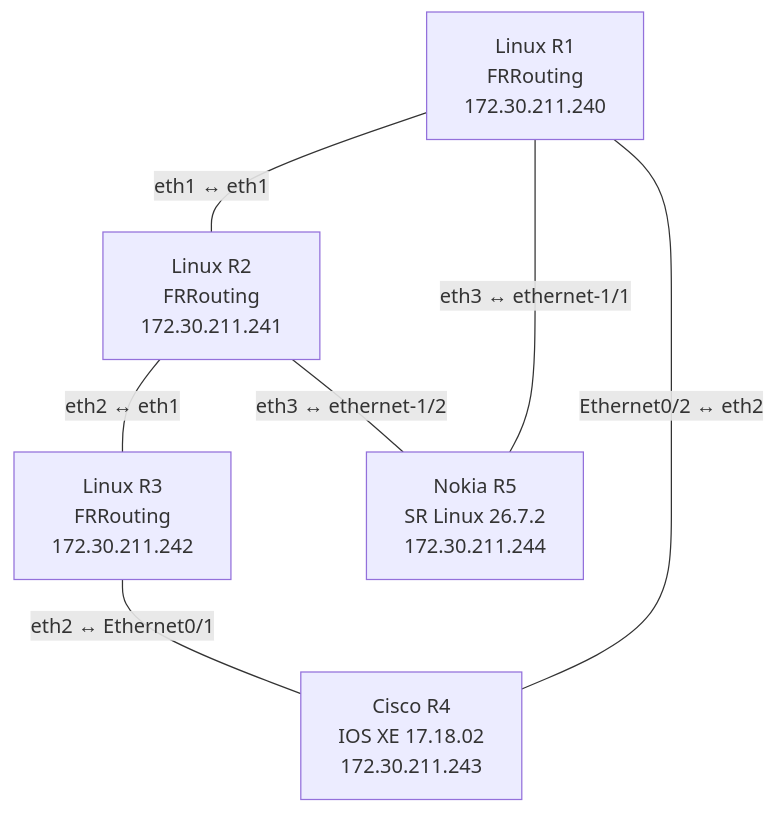
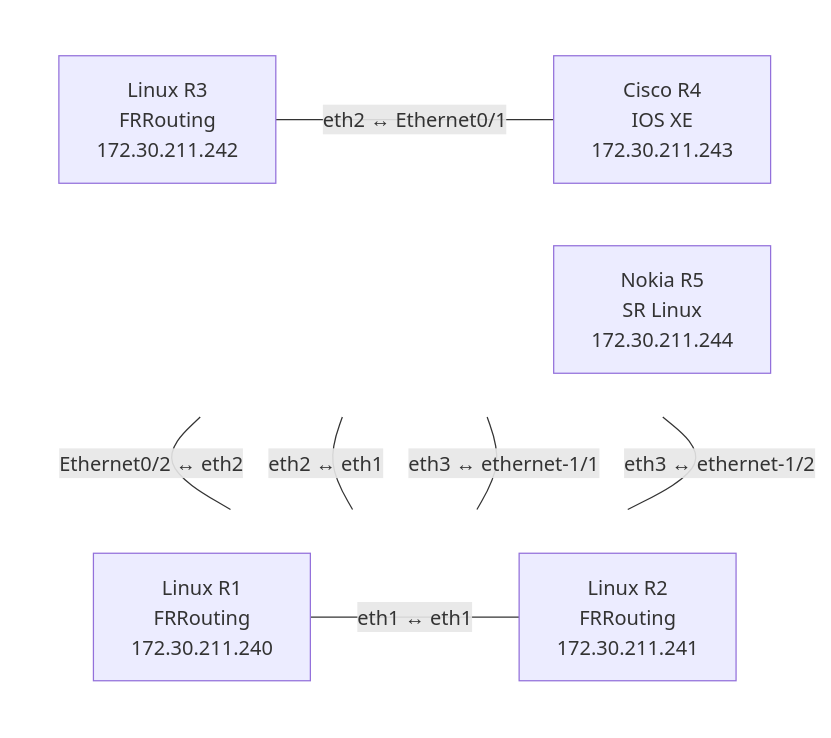
The diagram in README.md (vlimagit/network-ai-discovery-lab), drawn with Mermaid before and after one commit. The commit also changed other lines of this file, not shown here.

Commit message:
docs: improve topology diagram and Cisco SSH access

````diff
--- a/README.md
+++ b/README.md
@@ -182,15 +182,25 @@
 ```mermaid
 flowchart TB
-    R1["Linux R1<br/>FRRouting<br/>172.30.211.240"]
-    R2["Linux R2<br/>FRRouting<br/>172.30.211.241"]
-    R3["Linux R3<br/>FRRouting<br/>172.30.211.242"]
-    R4["Cisco R4<br/>IOS XE 17.18.02<br/>172.30.211.243"]
-    R5["Nokia R5<br/>SR Linux 26.7.2<br/>172.30.211.244"]
+    subgraph TOP[" "]
+        direction LR
+        R1["Linux R1<br/>FRRouting<br/>172.30.211.240"]
+        R2["Linux R2<br/>FRRouting<br/>172.30.211.241"]
+    end
+
+    subgraph MIDDLE[" "]
+        direction LR
+        R4["Cisco R4<br/>IOS XE<br/>172.30.211.243"]
+        R5["Nokia R5<br/>SR Linux<br/>172.30.211.244"]
+        R3["Linux R3<br/>FRRouting<br/>172.30.211.242"]
+    end
 
     R1 ---|"eth1 ↔ eth1"| R2
     R2 ---|"eth2 ↔ eth1"| R3
     R3 ---|"eth2 ↔ Ethernet0/1"| R4
     R4 ---|"Ethernet0/2 ↔ eth2"| R1
     R1 ---|"eth3 ↔ ethernet-1/1"| R5
     R2 ---|"eth3 ↔ ethernet-1/2"| R5
+
+    style TOP fill:none,stroke:none
+    style MIDDLE fill:none,stroke:none
 ```
````
